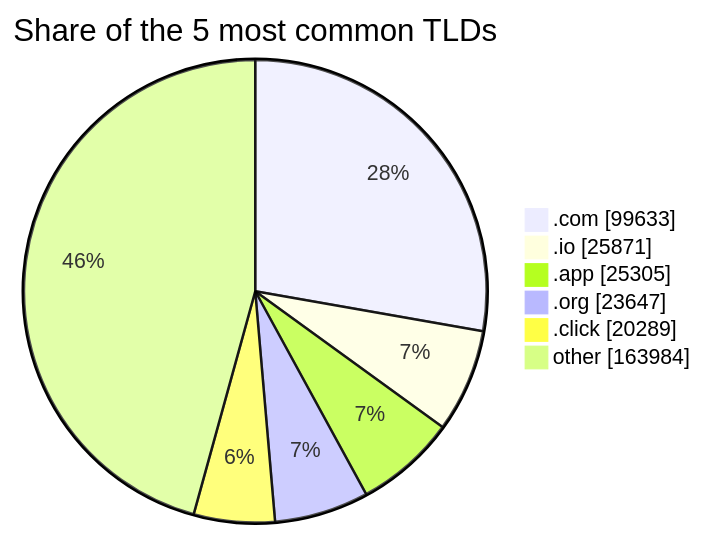
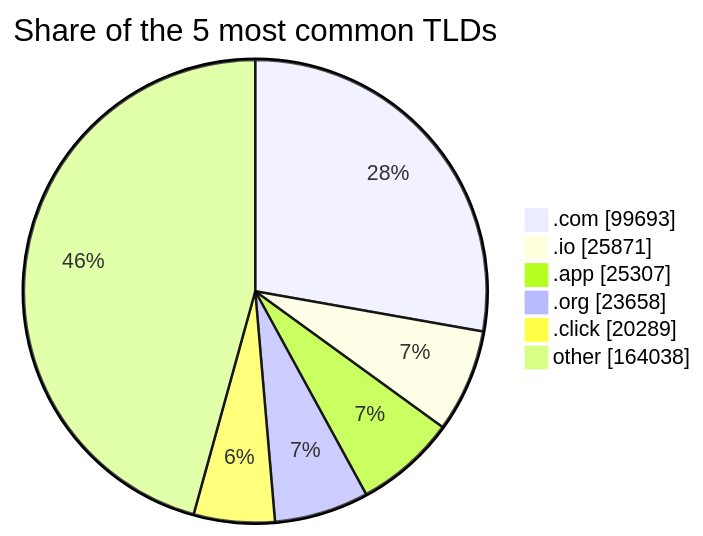
The third of 3 diagrams in README.md (DNSBunker/CTI), drawn with Mermaid before and after one commit. The commit also changed other lines of this file and 3 other files, not shown here.

````diff
--- a/README.md
+++ b/README.md
@@ -81,9 +81,9 @@
 ```mermaid
 pie showData title Share of the 5 most common TLDs
-    ".com" : 99633
+    ".com" : 99693
     ".io" : 25871
-    ".app" : 25305
-    ".org" : 23647
+    ".app" : 25307
+    ".org" : 23658
     ".click" : 20289
-    "other" : 163984
+    "other" : 164038
 ```
````
